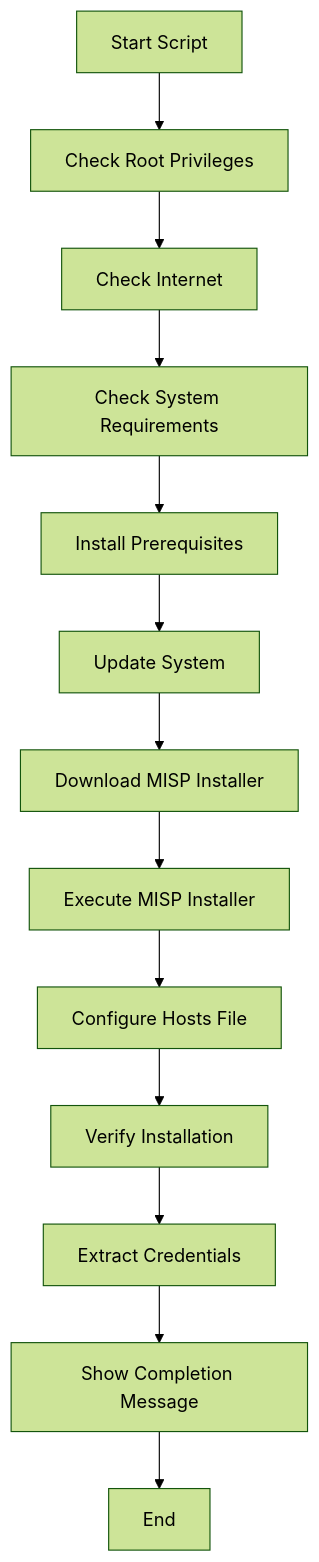
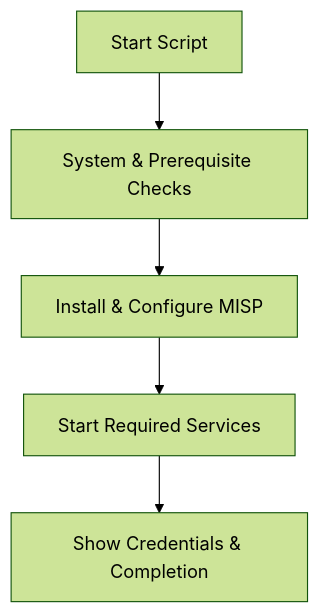
One commit to gl1tch0x1/MISP changed the diagram in README.md. Above: the diagram before and after it, drawn with Mermaid (forest theme). The commit also changed other lines of this file, not shown here.

````diff
--- a/README.md
+++ b/README.md
@@ -29,15 +29,7 @@
 ```mermaid
 flowchart TD
-    A[Start Script] --> B[Check Root Privileges]
-    B --> C[Check Internet]
-    C --> D[Check System Requirements]
-    D --> E[Install Prerequisites]
-    E --> F[Update System]
-    F --> G[Download MISP Installer]
-    G --> H[Execute MISP Installer]
-    H --> I[Configure Hosts File]
-    I --> J[Verify Installation]
-    J --> K[Extract Credentials]
-    K --> L[Show Completion Message]
-    L --> M[End]
+    A[Start Script] --> B[System & Prerequisite Checks]
+    B --> C[Install & Configure MISP]
+    C --> D[Start Required Services]
+    D --> E[Show Credentials & Completion]
 ```
````
